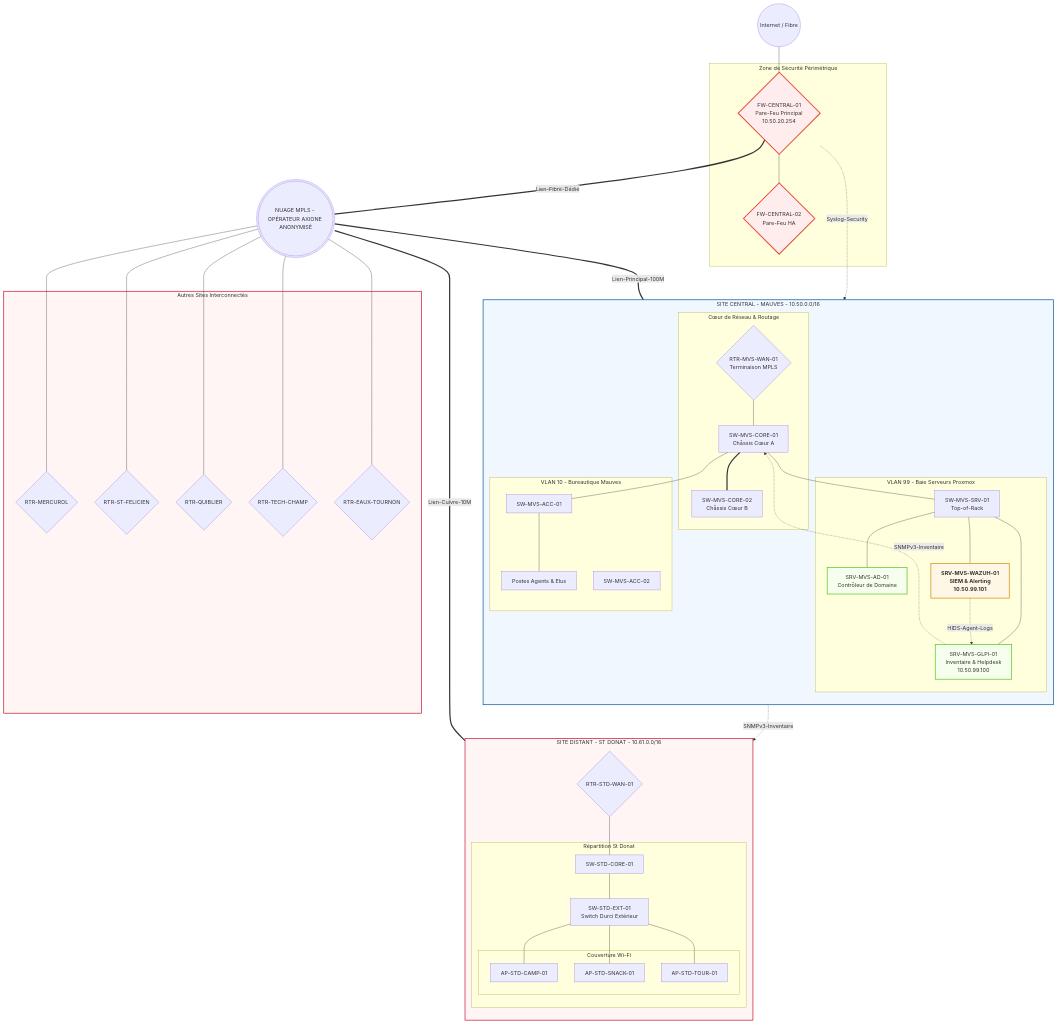
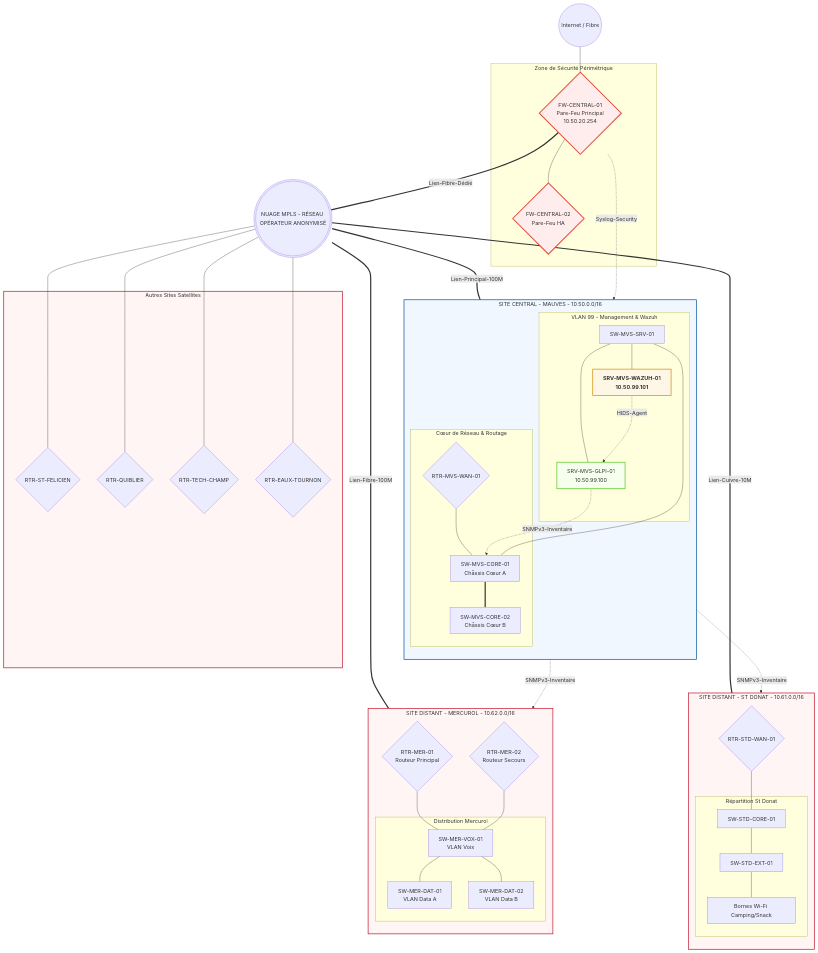
The first of 4 diagrams in apprentissage/Projet_entreprise/Rapport_projet.md (Y4nnSec/AIS), drawn with Mermaid before and after one commit.

````diff
--- a/apprentissage/Projet_entreprise/Rapport_projet.md
+++ b/apprentissage/Projet_entreprise/Rapport_projet.md
@@ -24,7 +24,7 @@
     Internet --- FW_PROD
     FW_PROD --- FW_BACKUP
 
-    MPLS(((NUAGE MPLS - OPÉRATEUR AXIONE ANONYMISÉ)))
+    MPLS(((NUAGE MPLS - RÉSEAU OPÉRATEUR ANONYMISÉ)))
     
     FW_PROD ===|Lien-Fibre-Dédié| MPLS
 
@@ -35,93 +35,94 @@
         direction TB
         
         subgraph RESEAU_COEUR_MVS [Cœur de Réseau & Routage]
-            RT_MVS_WAN{RTR-MVS-WAN-01<br/>Terminaison MPLS}
+            RT_MVS_WAN{RTR-MVS-WAN-01}
             SW_MVS_CORE_1[SW-MVS-CORE-01<br/>Châssis Cœur A]
             SW_MVS_CORE_2[SW-MVS-CORE-02<br/>Châssis Cœur B]
             RT_MVS_WAN --- SW_MVS_CORE_1
             SW_MVS_CORE_1 === SW_MVS_CORE_2
         end
 
-        subgraph DATA_CENTER [VLAN 99 - Baie Serveurs Proxmox]
-            SW_MVS_SRV[SW-MVS-SRV-01<br/>Top-of-Rack]
-            SRV_AD[SRV-MVS-AD-01<br/>Contrôleur de Domaine]
-            SRV_GLPI[SRV-MVS-GLPI-01<br/>Inventaire & Helpdesk<br/>10.50.99.100]
-            SRV_WAZUH[SRV-MVS-WAZUH-01<br/>SIEM & Alerting<br/>10.50.99.101]
-            
-            SW_MVS_SRV --- SRV_AD
+        subgraph DATA_CENTER [VLAN 99 - Management & Wazuh]
+            SW_MVS_SRV[SW-MVS-SRV-01]
+            SRV_GLPI[SRV-MVS-GLPI-01<br/>10.50.99.100]
+            SRV_WAZUH[SRV-MVS-WAZUH-01<br/>10.50.99.101]
             SW_MVS_SRV --- SRV_GLPI
             SW_MVS_SRV --- SRV_WAZUH
         end
 
-        subgraph ACCES_MVS [VLAN 10 - Bureautique Mauves]
-            SW_MVS_DAT_1[SW-MVS-ACC-01]
-            SW_MVS_DAT_2[SW-MVS-ACC-02]
-            POSTES_MVS[Postes Agents & Elus]
-            SW_MVS_DAT_1 --- POSTES_MVS
-        end
-
         SW_MVS_CORE_1 --- SW_MVS_SRV
-        SW_MVS_CORE_1 --- SW_MVS_DAT_1
     end
 
-    %% Connexion Mauves
     MPLS ===|Lien-Principal-100M| RT_MVS_WAN
 
     %% ==========================================
-    %% 2. SITE ST DONAT (Le plus dense)
+    %% 2. SITE ST DONAT - 10.61.x.x
     %% ==========================================
     subgraph SITE_STD [SITE DISTANT - ST DONAT - 10.61.0.0/16]
         direction TB
         RT_STD_WAN{RTR-STD-WAN-01}
         
-        subgraph BAIE_STD [Répartition St Donat]
+        subgraph INFRA_STD [Répartition St Donat]
             SW_STD_CORE[SW-STD-CORE-01]
-            SW_STD_EXT[SW-STD-EXT-01<br/>Switch Durci Extérieur]
+            SW_STD_EXT[SW-STD-EXT-01]
+            AP_STD[Bornes Wi-Fi Camping/Snack]
             
-            subgraph WIFI_STD [Couverture Wi-Fi]
-                AP_CAMP[AP-STD-CAMP-01]
-                AP_SNACK[AP-STD-SNACK-01]
-                AP_TOUR[AP-STD-TOUR-01]
-            end
+            SW_STD_CORE --- SW_STD_EXT
+            SW_STD_EXT --- AP_STD
         end
-        
         RT_STD_WAN --- SW_STD_CORE
-        SW_STD_CORE --- SW_STD_EXT
-        SW_STD_EXT --- AP_CAMP
-        SW_STD_EXT --- AP_SNACK
-        SW_STD_EXT --- AP_TOUR
     end
 
     MPLS ===|Lien-Cuivre-10M| RT_STD_WAN
 
     %% ==========================================
-    %% 3. AUTRES SITES (Regroupés pour la taille)
+    %% 3. SITE MERCUROL - 10.62.x.x (DÉTAILLÉ)
     %% ==========================================
-    subgraph SITES_SATELLITES [Autres Sites Interconnectés]
-        RT_MER{RTR-MERCUROL}
+    subgraph SITE_MER [SITE DISTANT - MERCUROL - 10.62.0.0/16]
+        direction TB
+        RT_MER_1{RTR-MER-01<br/>Routeur Principal}
+        RT_MER_2{RTR-MER-02<br/>Routeur Secours}
+        
+        subgraph SWITCHS_MER [Distribution Mercurol]
+            SW_MER_VOX[SW-MER-VOX-01<br/>VLAN Voix]
+            SW_MER_DAT1[SW-MER-DAT-01<br/>VLAN Data A]
+            SW_MER_DAT2[SW-MER-DAT-02<br/>VLAN Data B]
+            
+            SW_MER_VOX --- SW_MER_DAT1
+            SW_MER_VOX --- SW_MER_DAT2
+        end
+        
+        RT_MER_1 --- SW_MER_VOX
+        RT_MER_2 --- SW_MER_VOX
+    end
+
+    MPLS ===|Lien-Fibre-100M| RT_MER_1
+
+    %% ==========================================
+    %% 4. AUTRES SITES (Regroupés)
+    %% ==========================================
+    subgraph SITES_SATELLITES [Autres Sites Satellites]
         RT_STF{RTR-ST-FELICIEN}
         RT_QUI{RTR-QUIBLIER}
         RT_TCH{RTR-TECH-CHAMP}
         RT_EDT{RTR-EAUX-TOURNON}
     end
 
-    MPLS --- RT_MER
     MPLS --- RT_STF
     MPLS --- RT_QUI
     MPLS --- RT_TCH
     MPLS --- RT_EDT
 
     %% ==========================================
-    %% FLUX DE SUPERVISION (Lignes de vie)
+    %% FLUX DE SUPERVISION
     %% ==========================================
     SRV_GLPI -.->|SNMPv3-Inventaire| SW_MVS_CORE_1
     SRV_GLPI -.->|SNMPv3-Inventaire| SW_STD_CORE
-    SRV_WAZUH -.->|HIDS-Agent-Logs| SRV_GLPI
+    SRV_GLPI -.->|SNMPv3-Inventaire| SW_MER_VOX
+    SRV_WAZUH -.->|HIDS-Agent| SRV_GLPI
     FW_PROD -.->|Syslog-Security| SRV_WAZUH
 
-    %% ==========================================
     %% STYLES
-    %% ==========================================
     classDef hq fill:#f0f7ff,stroke:#00529b,stroke-width:2px;
     classDef site fill:#fff5f5,stroke:#c4122d,stroke-width:2px;
     classDef fw fill:#ffeded,stroke:#e74c3c,stroke-width:3px;
@@ -129,8 +130,8 @@
     classDef wazuh fill:#fff7e6,stroke:#d48806,stroke-width:2px,font-weight:bold;
 
     class SITE_MAUVES hq;
-    class SITE_STD,SITES_SATELLITES site;
+    class SITE_STD,SITE_MER,SITES_SATELLITES site;
     class FW_PROD,FW_BACKUP fw;
-    class SRV_GLPI,SRV_AD srv;
+    class SRV_GLPI srv;
     class SRV_WAZUH wazuh;
 ```
````
